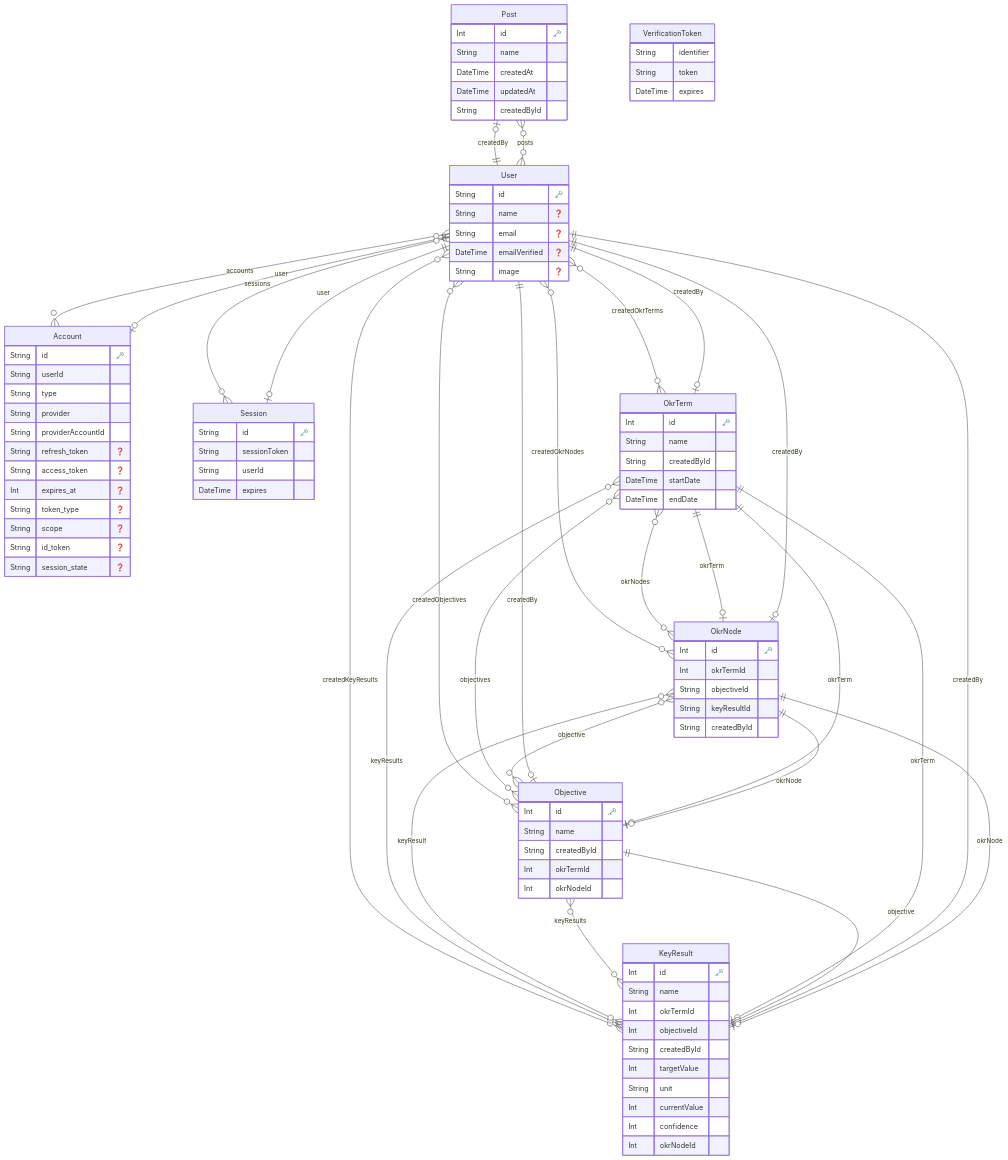
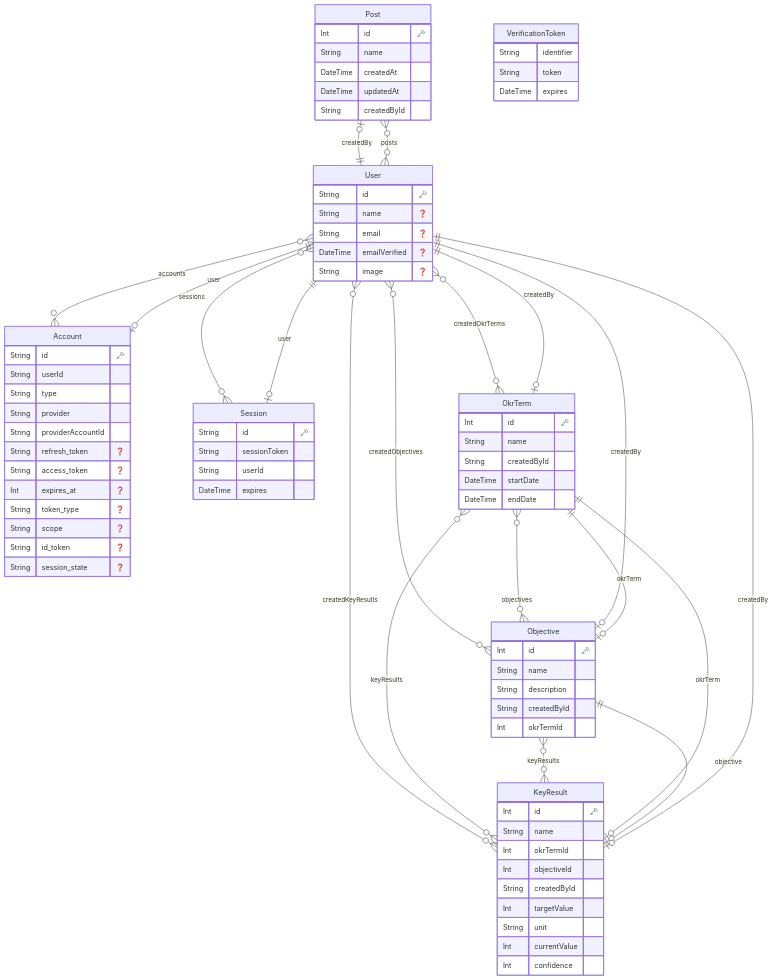
One commit to hiro-minami/moonshot changed the diagram in prisma/ERD.md. Above: the diagram before and after it, drawn with Mermaid. The commit also changed 2 other files, not shown here.

Commit message:
[Prisma] Modify Objective and KeyResult models (#14)
- Removed the `okrNodeId` field from the Objective and KeyResult models
- Added the `description` field to the Objective model
- Updated the database schema and migration scripts to reflect these
changes

````diff
--- a/prisma/ERD.md
+++ b/prisma/ERD.md
@@ -59,21 +59,12 @@
     }
   
 
-  "OkrNode" {
-    Int id "🗝️"
-    Int okrTermId 
-    String objectiveId 
-    String keyResultId 
-    String createdById 
-    }
-  
-
   "Objective" {
     Int id "🗝️"
     String name 
+    String description 
     String createdById 
     Int okrTermId 
-    Int okrNodeId 
     }
   
 
@@ -87,7 +78,6 @@
     String unit 
     Int currentValue 
     Int confidence 
-    Int okrNodeId 
     }
   
     "Post" o|--|| "User" : "createdBy"
@@ -97,23 +87,15 @@
     "User" o{--}o "Session" : "sessions"
     "User" o{--}o "Post" : "posts"
     "User" o{--}o "OkrTerm" : "createdOkrTerms"
-    "User" o{--}o "OkrNode" : "createdOkrNodes"
     "User" o{--}o "Objective" : "createdObjectives"
     "User" o{--}o "KeyResult" : "createdKeyResults"
     "OkrTerm" o|--|| "User" : "createdBy"
-    "OkrTerm" o{--}o "OkrNode" : "okrNodes"
     "OkrTerm" o{--}o "Objective" : "objectives"
     "OkrTerm" o{--}o "KeyResult" : "keyResults"
-    "OkrNode" o|--|| "OkrTerm" : "okrTerm"
-    "OkrNode" o{--}o "Objective" : "objective"
-    "OkrNode" o{--}o "KeyResult" : "keyResult"
-    "OkrNode" o|--|| "User" : "createdBy"
     "Objective" o|--|| "User" : "createdBy"
     "Objective" o|--|| "OkrTerm" : "okrTerm"
     "Objective" o{--}o "KeyResult" : "keyResults"
-    "Objective" o|--|| "OkrNode" : "okrNode"
     "KeyResult" o|--|| "OkrTerm" : "okrTerm"
     "KeyResult" o|--|| "Objective" : "objective"
     "KeyResult" o|--|| "User" : "createdBy"
-    "KeyResult" o|--|| "OkrNode" : "okrNode"
 ```
````
